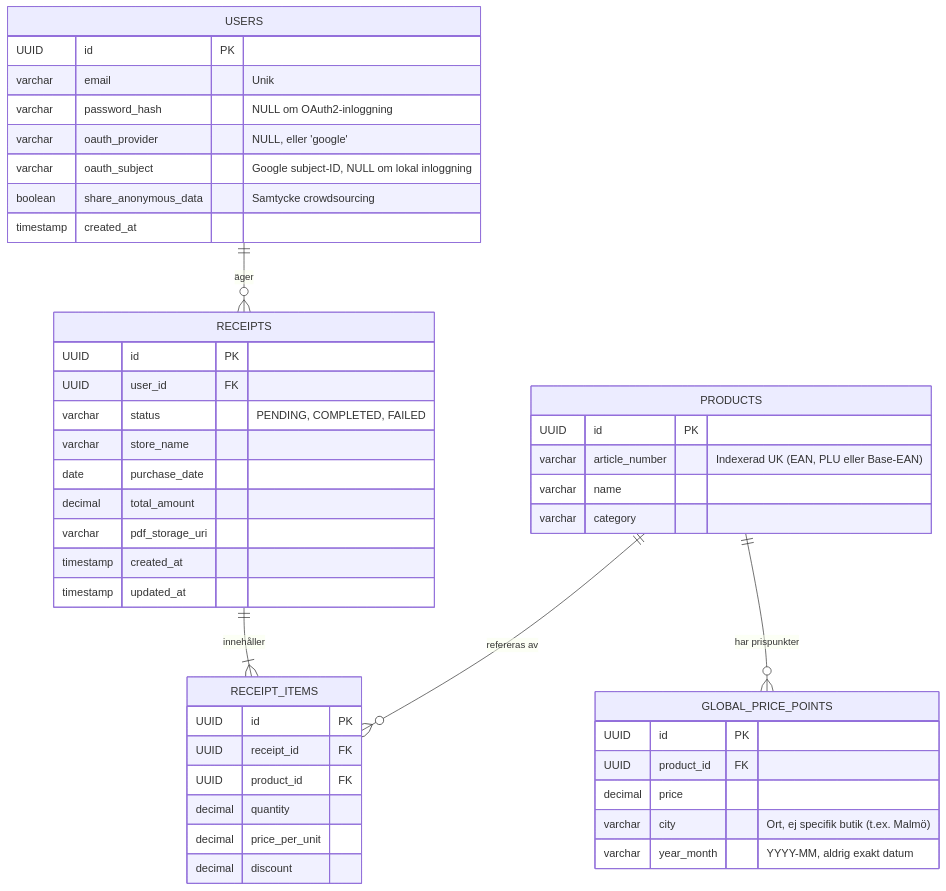
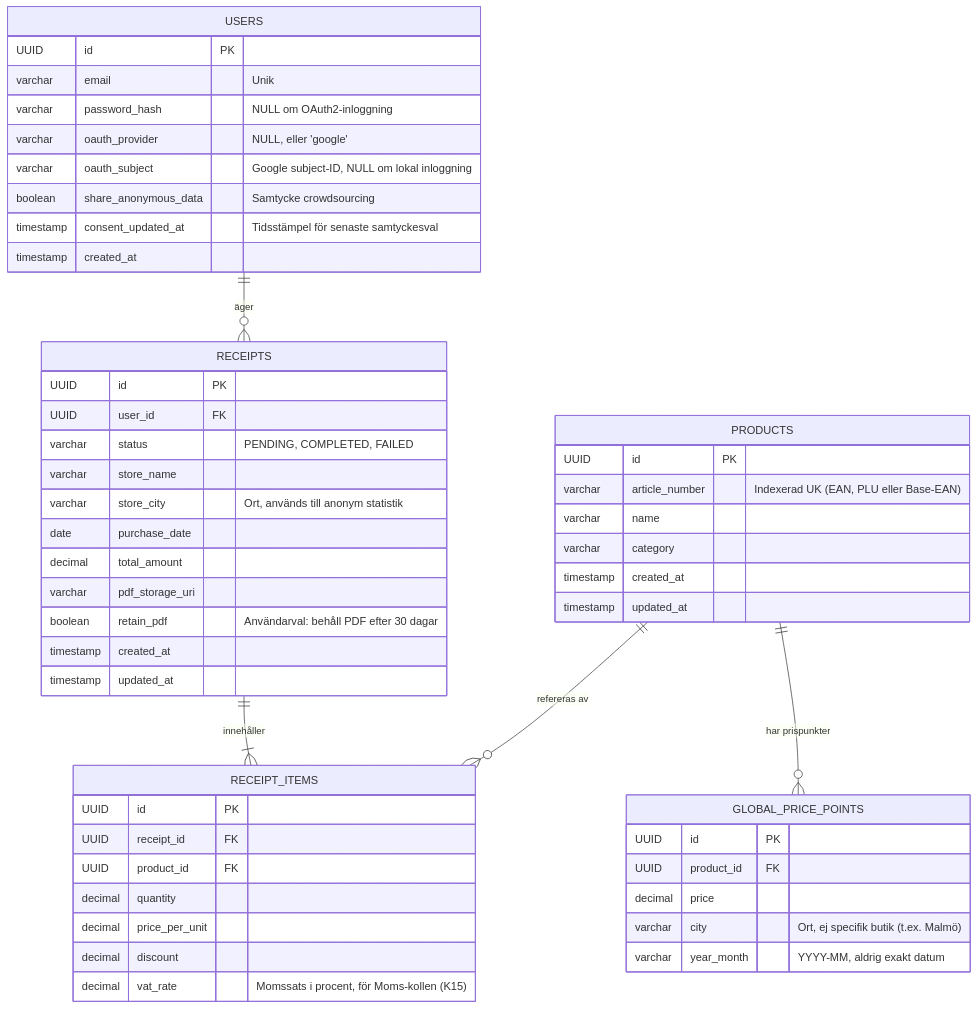
The sixth of 6 diagrams in architecture.md (pekelund-dev/matdata-2.0), drawn with Mermaid before and after one commit. The commit also changed other lines of this file and 4 other files, not shown here.

````diff
--- a/architecture.md
+++ b/architecture.md
@@ -130,53 +217,59 @@
 ```mermaid
 erDiagram
     USERS ||--o{ RECEIPTS : "äger"
     RECEIPTS ||--|{ RECEIPT_ITEMS : "innehåller"
     PRODUCTS ||--o{ RECEIPT_ITEMS : "refereras av"
     PRODUCTS ||--o{ GLOBAL_PRICE_POINTS : "har prispunkter"
 
     USERS {
         UUID id PK
         varchar email "Unik"
         varchar password_hash "NULL om OAuth2-inloggning"
         varchar oauth_provider "NULL, eller 'google'"
         varchar oauth_subject "Google subject-ID, NULL om lokal inloggning"
         boolean share_anonymous_data "Samtycke crowdsourcing"
+        timestamp consent_updated_at "Tidsstämpel för senaste samtyckesval"
         timestamp created_at
     }
 
     RECEIPTS {
         UUID id PK
         UUID user_id FK
         varchar status "PENDING, COMPLETED, FAILED"
         varchar store_name
+        varchar store_city "Ort, används till anonym statistik"
         date purchase_date
         decimal total_amount
         varchar pdf_storage_uri
+        boolean retain_pdf "Användarval: behåll PDF efter 30 dagar"
         timestamp created_at
         timestamp updated_at
     }
 
     PRODUCTS {
         UUID id PK
         varchar article_number "Indexerad UK (EAN, PLU eller Base-EAN)"
         varchar name
         varchar category
+        timestamp created_at
+        timestamp updated_at
     }
 
     RECEIPT_ITEMS {
         UUID id PK
         UUID receipt_id FK
         UUID product_id FK
         decimal quantity
         decimal price_per_unit
         decimal discount
+        decimal vat_rate "Momssats i procent, för Moms-kollen (K15)"
     }
 
     GLOBAL_PRICE_POINTS {
         UUID id PK
         UUID product_id FK
         decimal price
         varchar city "Ort, ej specifik butik (t.ex. Malmö)"
         varchar year_month "YYYY-MM, aldrig exakt datum"
     }
 ```
````
